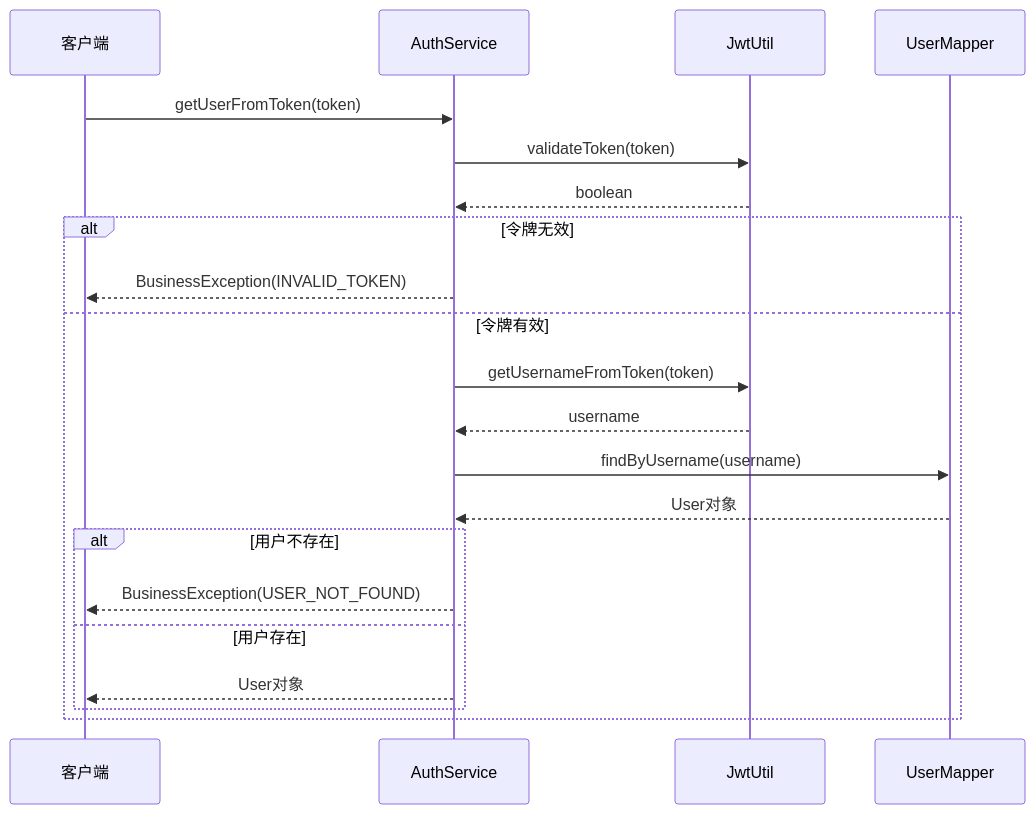
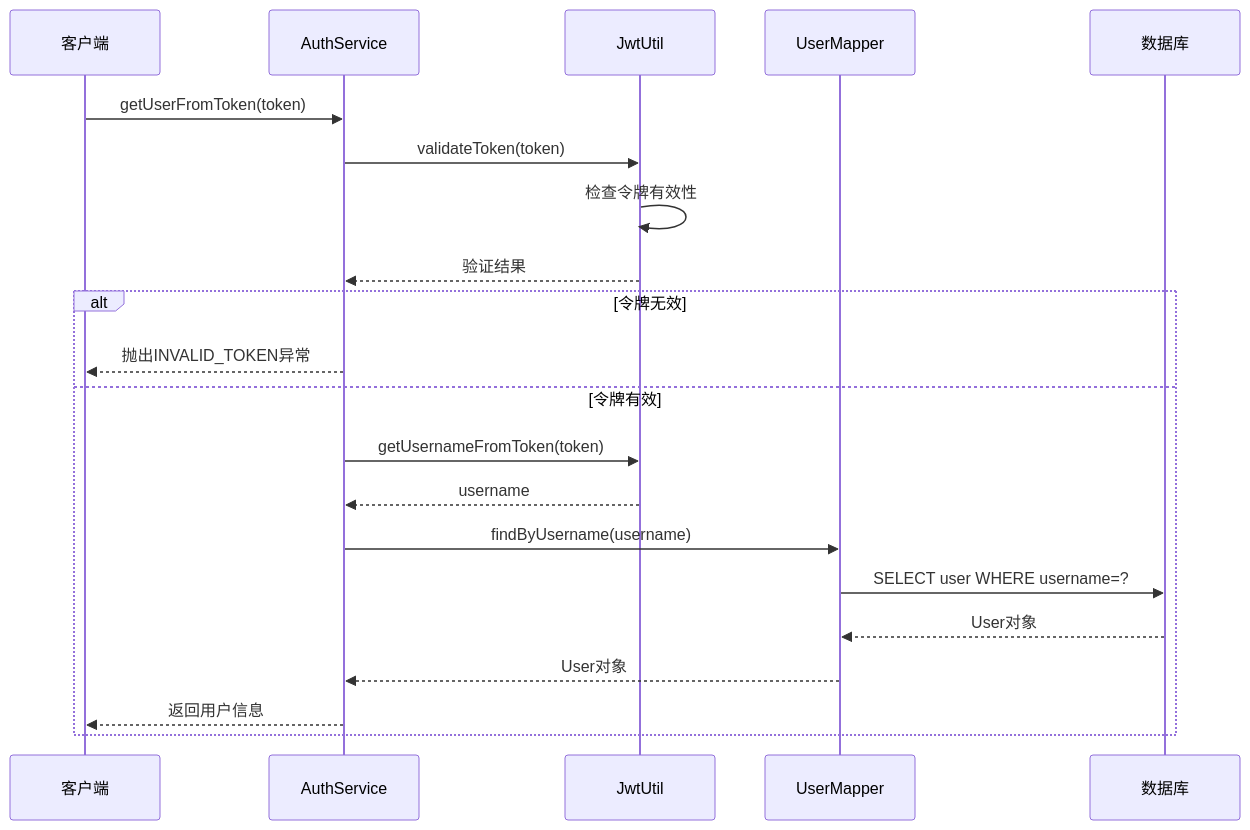
Before and after one commit to Redmoon-2333/HumanResourceOfficial: the fifth of 11 diagrams in .qoder/repowiki/zh/content/业务逻辑层/认证服务.md, drawn with Mermaid. The commit also changed other lines of this file and 60 other files, not shown here.

````diff
--- a/.qoder/repowiki/zh/content/业务逻辑层/认证服务.md
+++ b/.qoder/repowiki/zh/content/业务逻辑层/认证服务.md
@@ -255,23 +205,23 @@
 ```mermaid
 sequenceDiagram
 participant Client as 客户端
 participant Service as AuthService
 participant JWT as JwtUtil
 participant Mapper as UserMapper
+participant DB as 数据库
 Client->>Service : getUserFromToken(token)
 Service->>JWT : validateToken(token)
-JWT-->>Service : boolean
+JWT->>JWT : 检查令牌有效性
+JWT-->>Service : 验证结果
 alt 令牌无效
-Service-->>Client : BusinessException(INVALID_TOKEN)
+Service-->>Client : 抛出INVALID_TOKEN异常
 else 令牌有效
 Service->>JWT : getUsernameFromToken(token)
 JWT-->>Service : username
 Service->>Mapper : findByUsername(username)
+Mapper->>DB : SELECT user WHERE username=?
+DB-->>Mapper : User对象
 Mapper-->>Service : User对象
-alt 用户不存在
-Service-->>Client : BusinessException(USER_NOT_FOUND)
-else 用户存在
-Service-->>Client : User对象
-end
+Service-->>Client : 返回用户信息
 end
 ```
````
